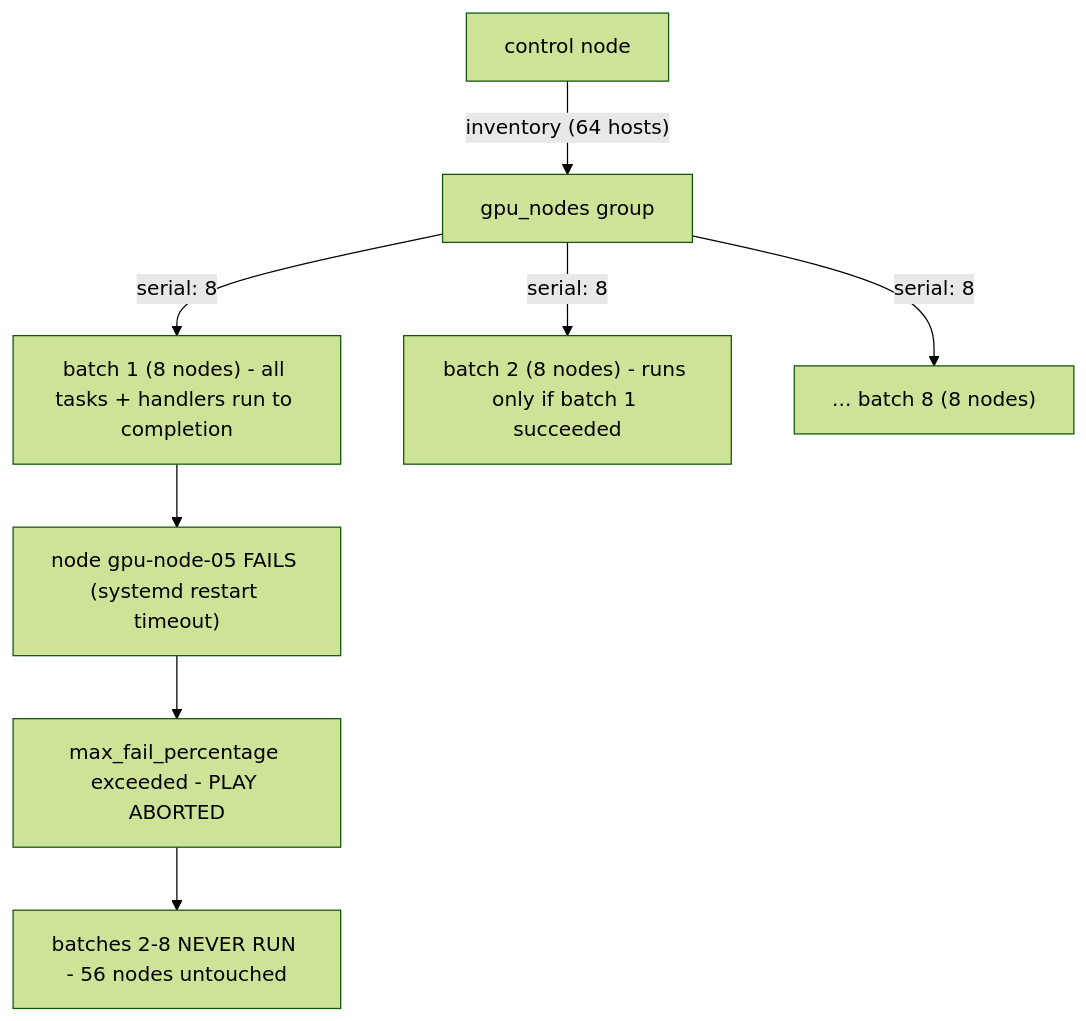
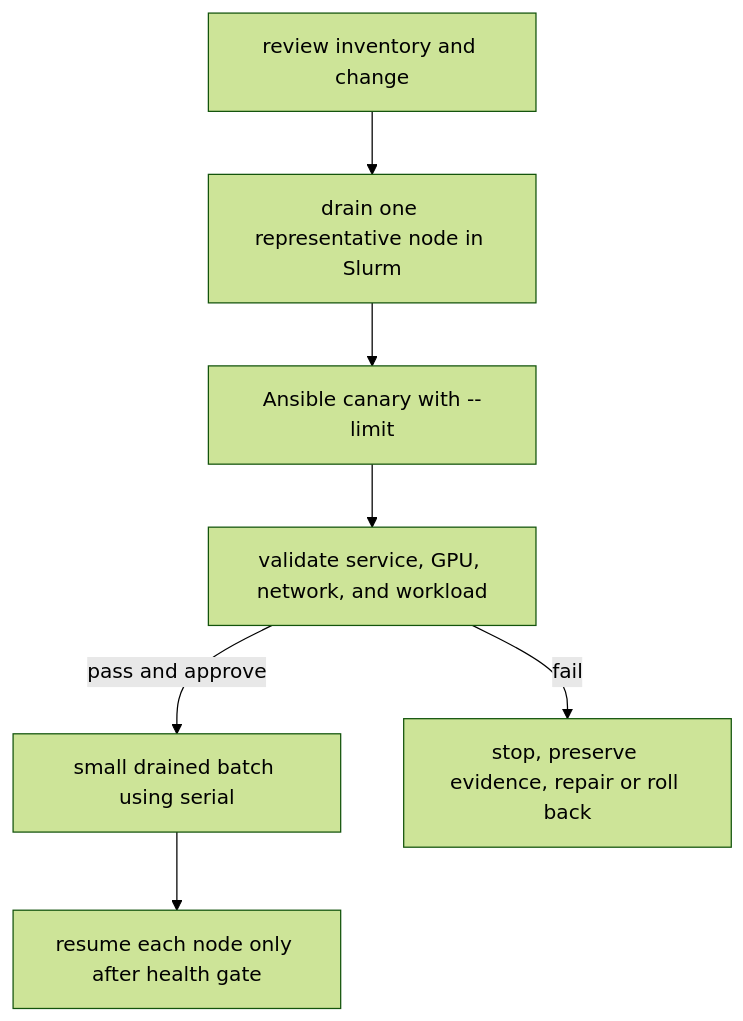
Before and after one commit to jithinpnjm/nvidia-devops: the second of 2 diagrams in docs/volume-10/04-ansible-for-infrastructure-automation.md, drawn with Mermaid (forest theme). The commit also changed other lines of this file and 1 other file, not shown here.

Commit message:
docs: expand Ansible bare-metal workbook

````diff
--- a/docs/volume-10/04-ansible-for-infrastructure-automation.md
+++ b/docs/volume-10/04-ansible-for-infrastructure-automation.md
@@ -448,10 +373,9 @@
 ```mermaid
 flowchart TD
-    A["control node"] -->|"inventory (64 hosts)"| B["gpu_nodes group"]
-    B -->|"serial: 8"| C1["batch 1 (8 nodes) - all tasks + handlers run to completion"]
-    B -->|"serial: 8"| C2["batch 2 (8 nodes) - runs only if batch 1 succeeded"]
-    B -->|"serial: 8"| C3["... batch 8 (8 nodes)"]
-    C1 --> D["node gpu-node-05 FAILS (systemd restart timeout)"]
-    D --> E["max_fail_percentage exceeded - PLAY ABORTED"]
-    E --> F["batches 2-8 NEVER RUN - 56 nodes untouched"]
+    A["review inventory and change"] --> B["drain one representative node in Slurm"]
+    B --> C["Ansible canary with --limit"]
+    C --> D["validate service, GPU, network, and workload"]
+    D -->|"pass and approve"| E["small drained batch using serial"]
+    D -->|"fail"| F["stop, preserve evidence, repair or roll back"]
+    E --> G["resume each node only after health gate"]
 ```
````
